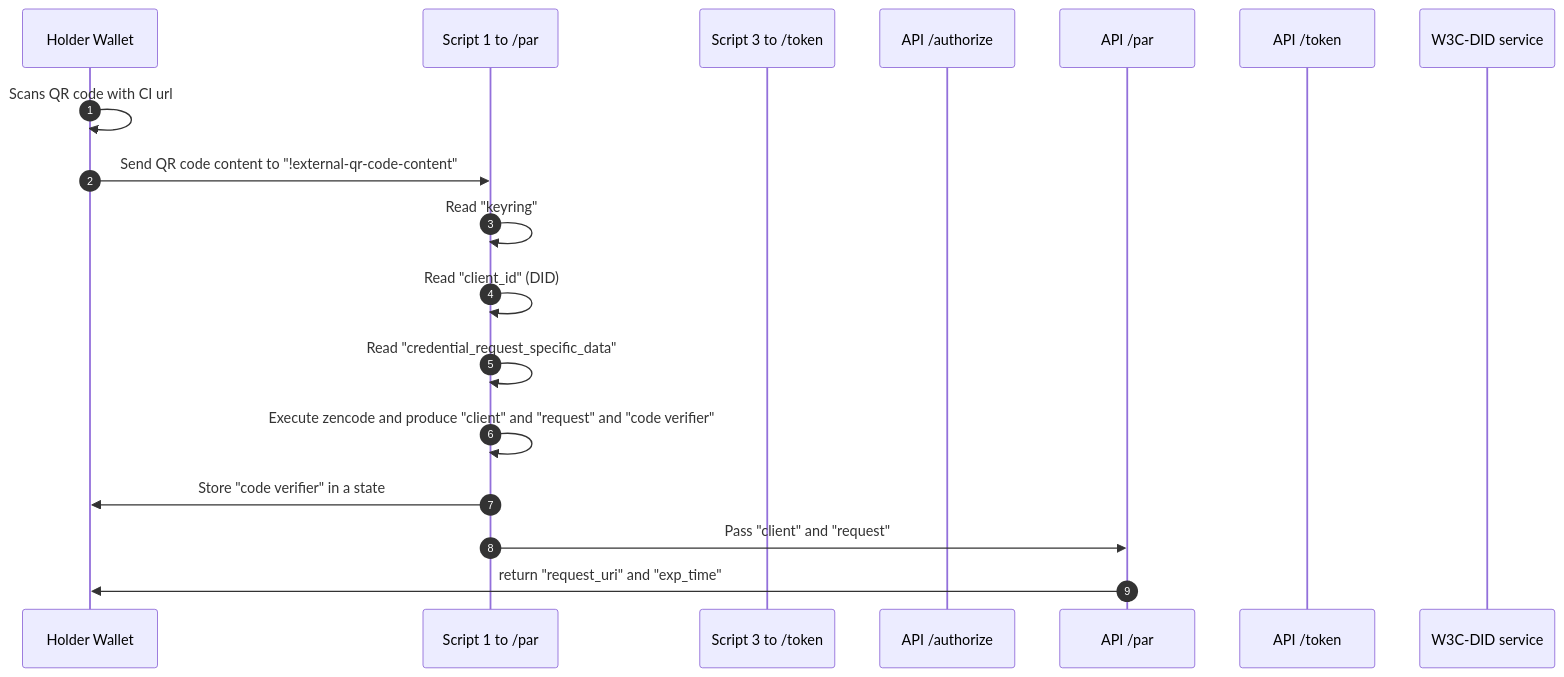
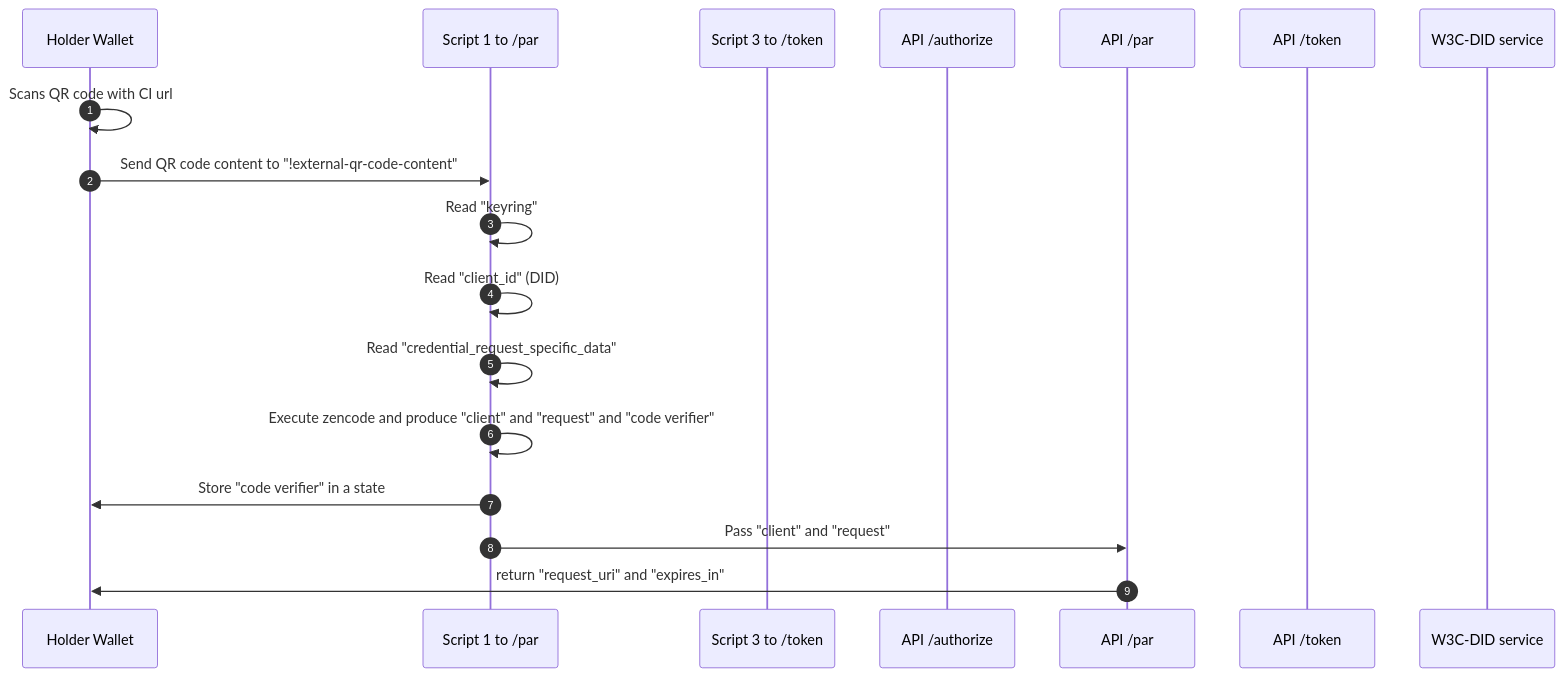
The diagram in wallet/auth-flow.md (ForkbombEu/mobile_zencode), drawn with Mermaid before and after one commit. The commit also changed other lines of this file, not shown here.

Commit message:
updated auth-flow

````diff
--- a/wallet/auth-flow.md
+++ b/wallet/auth-flow.md
@@ -3,24 +3,24 @@
 ```mermaid 
 sequenceDiagram 
 autonumber
   participant H as Holder Wallet
   participant S1 as Script 1 to /par
   participant S3 as Script 3 to /token
   participant A as API /authorize
   participant P as API /par
   participant T as API /token
   participant DID as W3C-DID service
   
   H->>H: Scans QR code with CI url  
   H->>S1: Send QR code content to "!external-qr-code-content"
   S1->>S1: Read "keyring"
   S1->>S1: Read "client_id" (DID)
   S1->>S1: Read "credential_request_specific_data" 
 
   S1->>S1: Execute zencode and produce "client" and "request" and "code verifier"
   S1->>H: Store "code verifier" in a state
   S1->>P: Pass "client" and "request"
-  P->>H: return "request_uri" and "exp_time" 
+  P->>H: return "request_uri" and "expires_in" 
 
 
 ```
````
